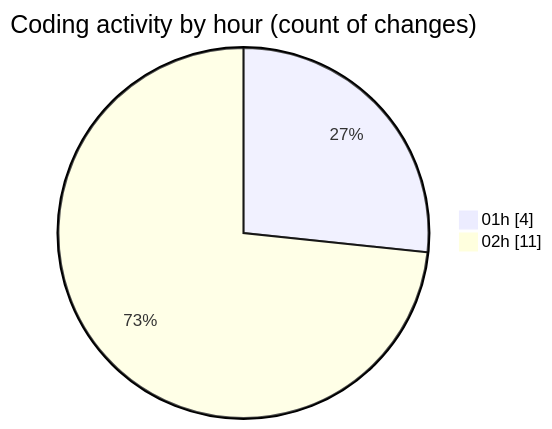
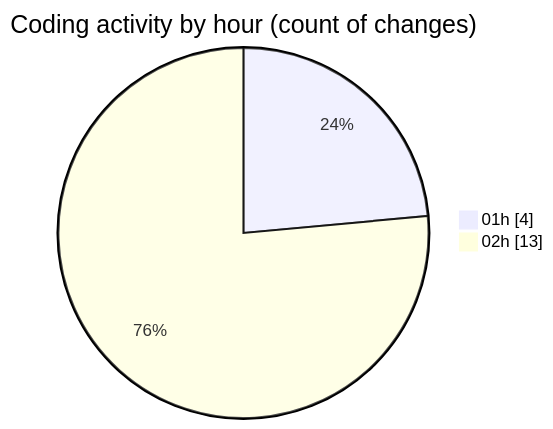
Before and after one commit to donsfak/code-tracking: the second of 2 diagrams in 2025-01-27/maps_clone/README.md, drawn with Mermaid. The commit also changed other lines of this file and 1 other file, not shown here.

````diff
--- a/2025-01-27/maps_clone/README.md
+++ b/2025-01-27/maps_clone/README.md
@@ -36,6 +36,6 @@
 ```mermaid
 pie showData
 title Coding activity by hour (count of changes)
 "01h" : 4
-"02h" : 11
+"02h" : 13
 ```
````
